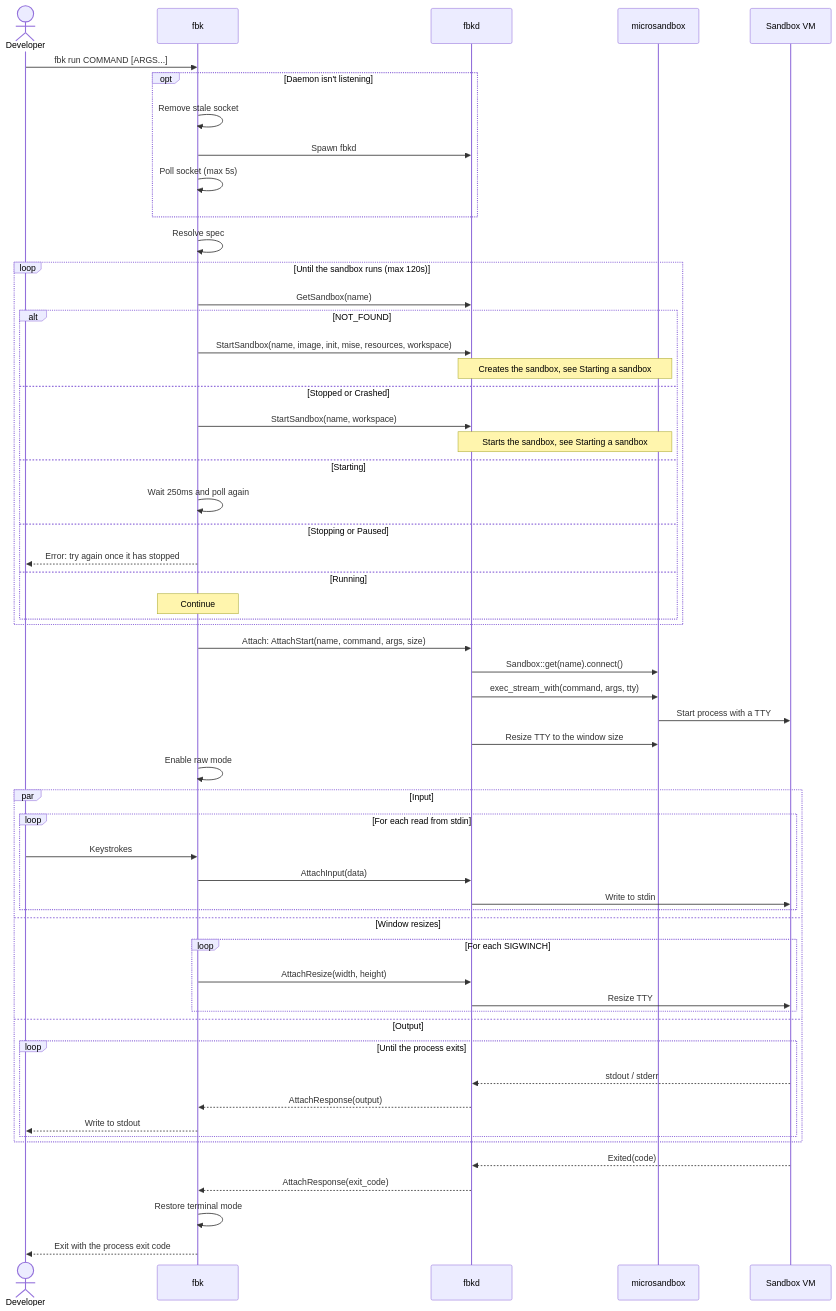
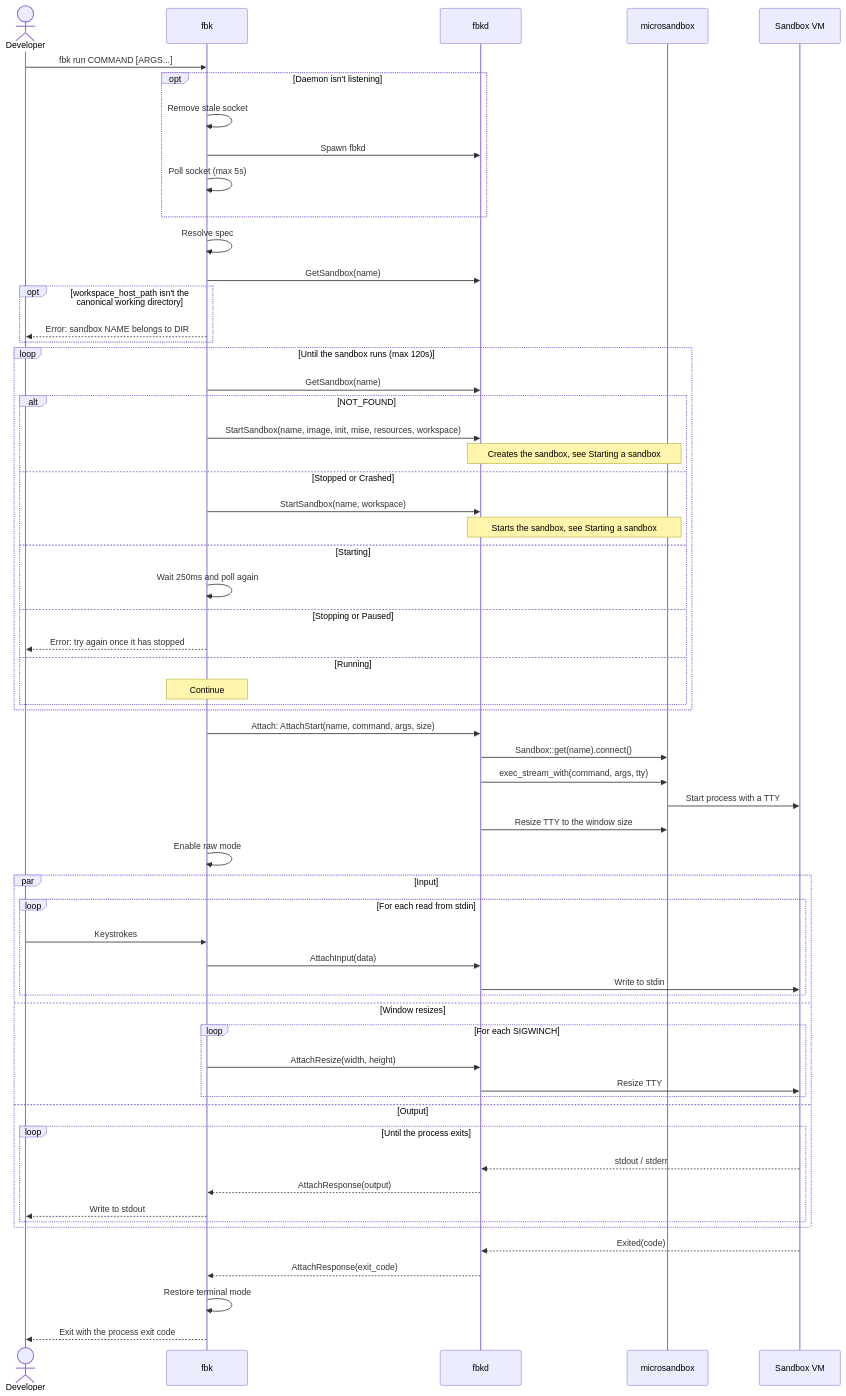
One commit to wmeints/anvil changed the first of 6 diagrams in docs/architecture/06-runtime-view.md. Above: the diagram before and after it, drawn with Mermaid. The commit also changed 1 other file, not shown here.

Commit message:
docs(architecture): describe workspace_host_path and the ownership check

````diff
--- a/docs/architecture/06-runtime-view.md
+++ b/docs/architecture/06-runtime-view.md
@@ -45,64 +45,68 @@
 ```mermaid
 sequenceDiagram
     actor Dev as Developer
     participant CLI as fbk
     participant D as fbkd
     participant MS as microsandbox
     participant VM as Sandbox VM
 
     Dev->>CLI: fbk run COMMAND [ARGS...]
     opt Daemon isn't listening
         CLI->>CLI: Remove stale socket
         CLI->>D: Spawn fbkd
         CLI->>CLI: Poll socket (max 5s)
     end
     CLI->>CLI: Resolve spec
+    CLI->>D: GetSandbox(name)
+    opt workspace_host_path isn't the canonical working directory
+        CLI-->>Dev: Error: sandbox NAME belongs to DIR
+    end
 
     loop Until the sandbox runs (max 120s)
         CLI->>D: GetSandbox(name)
         alt NOT_FOUND
             CLI->>D: StartSandbox(name, image, init, mise, resources, workspace)
             Note over D,MS: Creates the sandbox, see Starting a sandbox
         else Stopped or Crashed
             CLI->>D: StartSandbox(name, workspace)
             Note over D,MS: Starts the sandbox, see Starting a sandbox
         else Starting
             CLI->>CLI: Wait 250ms and poll again
         else Stopping or Paused
             CLI-->>Dev: Error: try again once it has stopped
         else Running
             Note over CLI: Continue
         end
     end
 
     CLI->>D: Attach: AttachStart(name, command, args, size)
     D->>MS: Sandbox::get(name).connect()
     D->>MS: exec_stream_with(command, args, tty)
     MS->>VM: Start process with a TTY
     D->>MS: Resize TTY to the window size
     CLI->>CLI: Enable raw mode
 
     par Input
         loop For each read from stdin
             Dev->>CLI: Keystrokes
             CLI->>D: AttachInput(data)
             D->>VM: Write to stdin
         end
     and Window resizes
         loop For each SIGWINCH
             CLI->>D: AttachResize(width, height)
             D->>VM: Resize TTY
         end
     and Output
         loop Until the process exits
             VM-->>D: stdout / stderr
             D-->>CLI: AttachResponse(output)
             CLI-->>Dev: Write to stdout
         end
     end
 
     VM-->>D: Exited(code)
     D-->>CLI: AttachResponse(exit_code)
     CLI->>CLI: Restore terminal mode
     CLI-->>Dev: Exit with the process exit code
 ```
````
